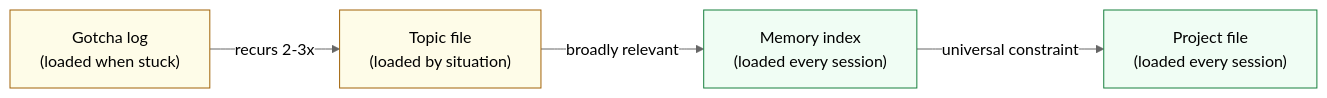
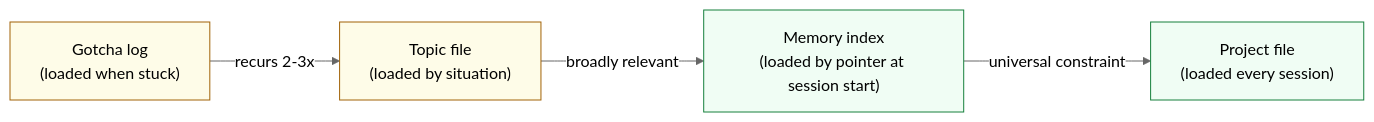
One commit to ducroq/agent-ready-projects changed the third of 3 diagrams in docs/guide/03-the-loop.md. Above: the diagram before and after it, drawn with Mermaid (neutral theme). The commit also changed 14 other files, not shown here.

````diff
--- a/docs/guide/03-the-loop.md
+++ b/docs/guide/03-the-loop.md
@@ -74,16 +74,16 @@
 ```mermaid
 graph LR
     GL["Gotcha log<br/>(loaded when stuck)"]
     TF["Topic file<br/>(loaded by situation)"]
-    MI["Memory index<br/>(loaded every session)"]
+    MI["Memory index<br/>(loaded by pointer at session start)"]
     PF["Project file<br/>(loaded every session)"]
 
     GL -- "recurs 2-3x" --> TF
     TF -- "broadly relevant" --> MI
     MI -- "universal constraint" --> PF
 
     style GL fill:#fefce8,stroke:#a16207
     style TF fill:#fefce8,stroke:#a16207
     style MI fill:#f0fdf4,stroke:#16803c
     style PF fill:#f0fdf4,stroke:#16803c
 ```
````
